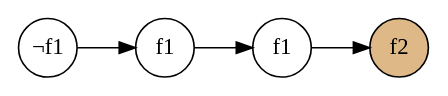
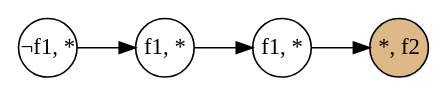
Before and after one commit to sinotca529/glab-seminar: the first of 5 diagrams in src/mc5/mc5.1.md, drawn with Graphviz. The commit also changed other lines of this file and 2 other files, not shown here.

````diff
--- a/src/mc5/mc5.1.md
+++ b/src/mc5/mc5.1.md
@@ -119,11 +119,11 @@
 ```graphviz {caption="ループ直前"}
 digraph G {
     graph [rankdir=LR]
     node [shape=circle, style=filled, fillcolor="white", fixedsize="true"]
-    N0 [label="¬f1"]
-    N1 [label="f1"]
-    N2 [label="f1"]
-    N3 [label="f2", fillcolor="burlywood"]
+    N0 [label="¬f1, *"]
+    N1 [label="f1, *"]
+    N2 [label="f1, *"]
+    N3 [label="*, f2", fillcolor="burlywood"]
     N0 -> N1 -> N2 -> N3
 }
 ```
````
